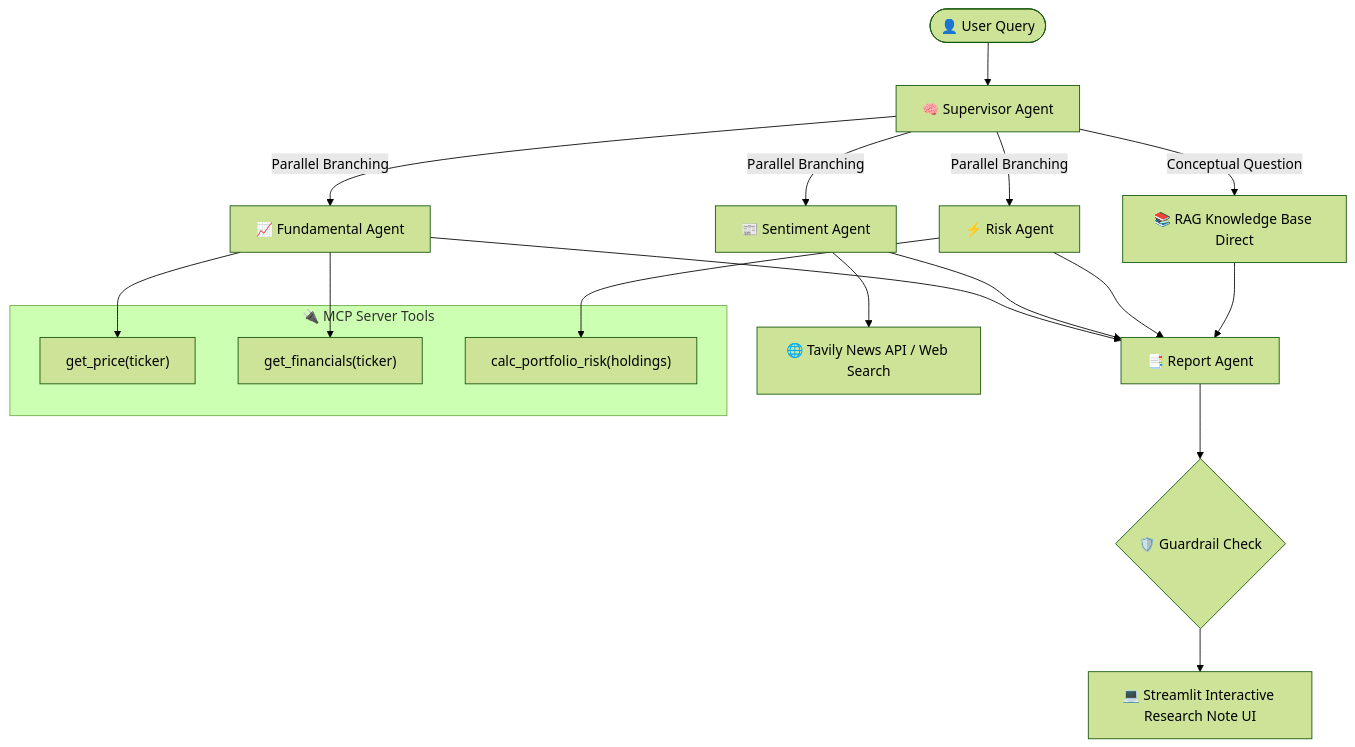
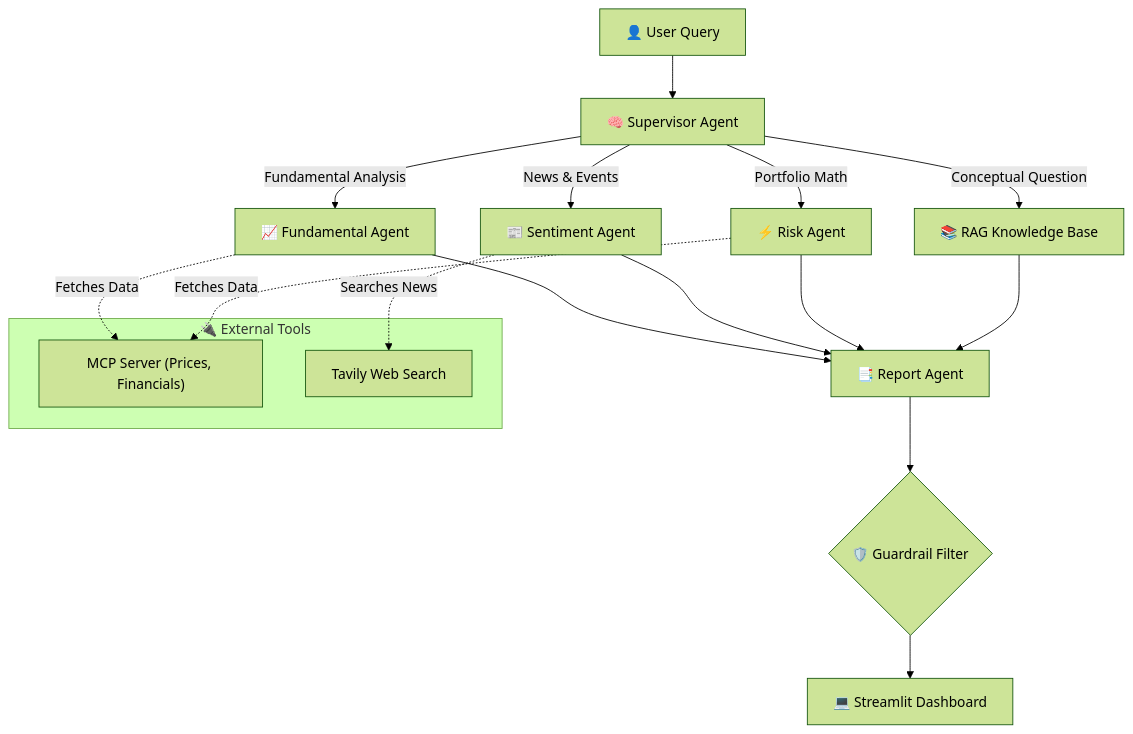
Before and after one commit to premjaswanthks17/AgenticAI: the diagram in stock_research_assistant/README.md, drawn with Mermaid (forest theme). The commit also changed other lines of this file, not shown here.

Commit message:
Update README.md with personalized project details and fix Mermaid syntax

````diff
--- a/stock_research_assistant/README.md
+++ b/stock_research_assistant/README.md
@@ -12,28 +25,26 @@
 ```mermaid
 flowchart TD
-    User([👤 User Query]) --> Supervisor[🧠 Supervisor Agent]
+    User["👤 User Query"] --> Supervisor["🧠 Supervisor Agent"]
     
-    Supervisor -->|Conceptual Question| RAGNode[📚 RAG Knowledge Base Direct]
-    Supervisor -->|Parallel Branching| Fundamental[📈 Fundamental Agent]
-    Supervisor -->|Parallel Branching| Sentiment[📰 Sentiment Agent]
-    Supervisor -->|Parallel Branching| Risk[⚡ Risk Agent]
+    Supervisor -->|"Conceptual Question"| RAGNode["📚 RAG Knowledge Base"]
+    Supervisor -->|"Fundamental Analysis"| Fundamental["📈 Fundamental Agent"]
+    Supervisor -->|"News & Events"| Sentiment["📰 Sentiment Agent"]
+    Supervisor -->|"Portfolio Math"| Risk["⚡ Risk Agent"]
 
-    subgraph MCP ["🔌 MCP Server Tools"]
-        get_price["get_price(ticker)"]
-        get_financials["get_financials(ticker)"]
-        calc_portfolio_risk["calc_portfolio_risk(holdings)"]
+    subgraph MCPTools ["🔌 External Tools"]
+        MCP["MCP Server (Prices, Financials)"]
+        Tavily["Tavily Web Search"]
     end
 
-    Fundamental --> get_financials
-    Fundamental --> get_price
-    Risk --> calc_portfolio_risk
-    Sentiment --> Tavily[🌐 Tavily News API / Web Search]
+    Fundamental -.->|"Fetches Data"| MCP
+    Risk -.->|"Fetches Data"| MCP
+    Sentiment -.->|"Searches News"| Tavily
 
-    Fundamental --> Report[📑 Report Agent]
+    Fundamental --> Report["📑 Report Agent"]
     Sentiment --> Report
     Risk --> Report
     RAGNode --> Report
 
-    Report --> Sanitize{🛡️ Guardrail Check}
-    Sanitize --> UI[💻 Streamlit Interactive Research Note UI]
+    Report --> Sanitize{"🛡️ Guardrail Filter"}
+    Sanitize --> UI["💻 Streamlit Dashboard"]
 ```
````
